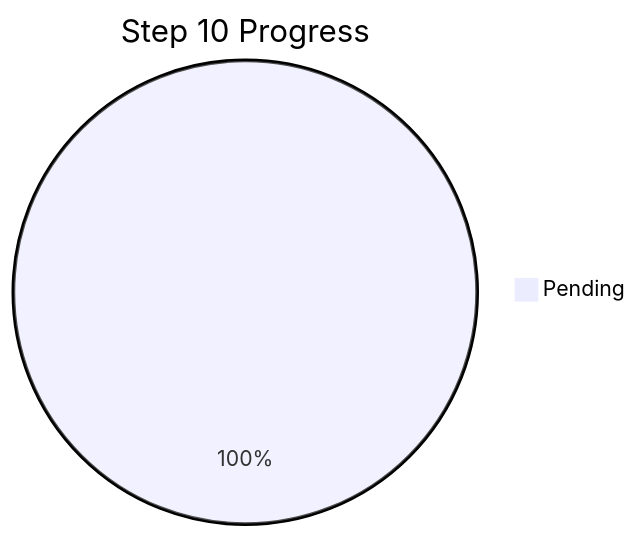
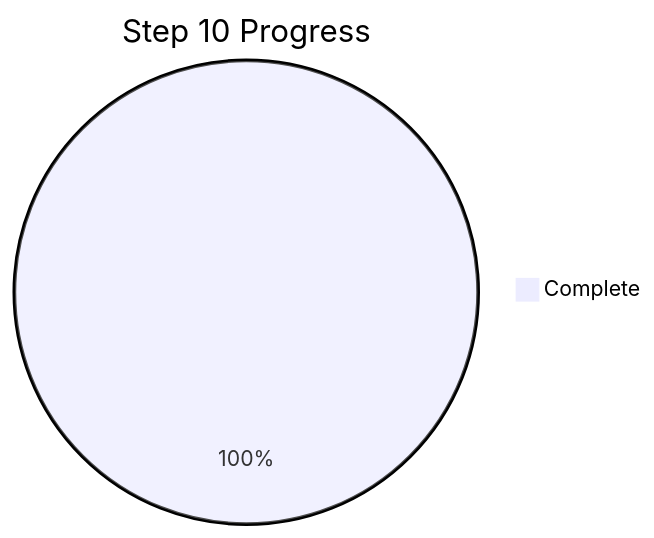
Diagram 11 of 14 in docs/Completion_Report_2026-09-06.md (J3DI-19/Sentinel), drawn with Mermaid before and after one commit. The commit also changed other lines of this file and 2 other files, not shown here.

````diff
--- a/docs/Completion_Report_2026-09-06.md
+++ b/docs/Completion_Report_2026-09-06.md
@@ -206,4 +224,4 @@
 ```mermaid
 pie title Step 10 Progress
-    "Pending" : 9
+    "Complete" : 16
 ```
````
